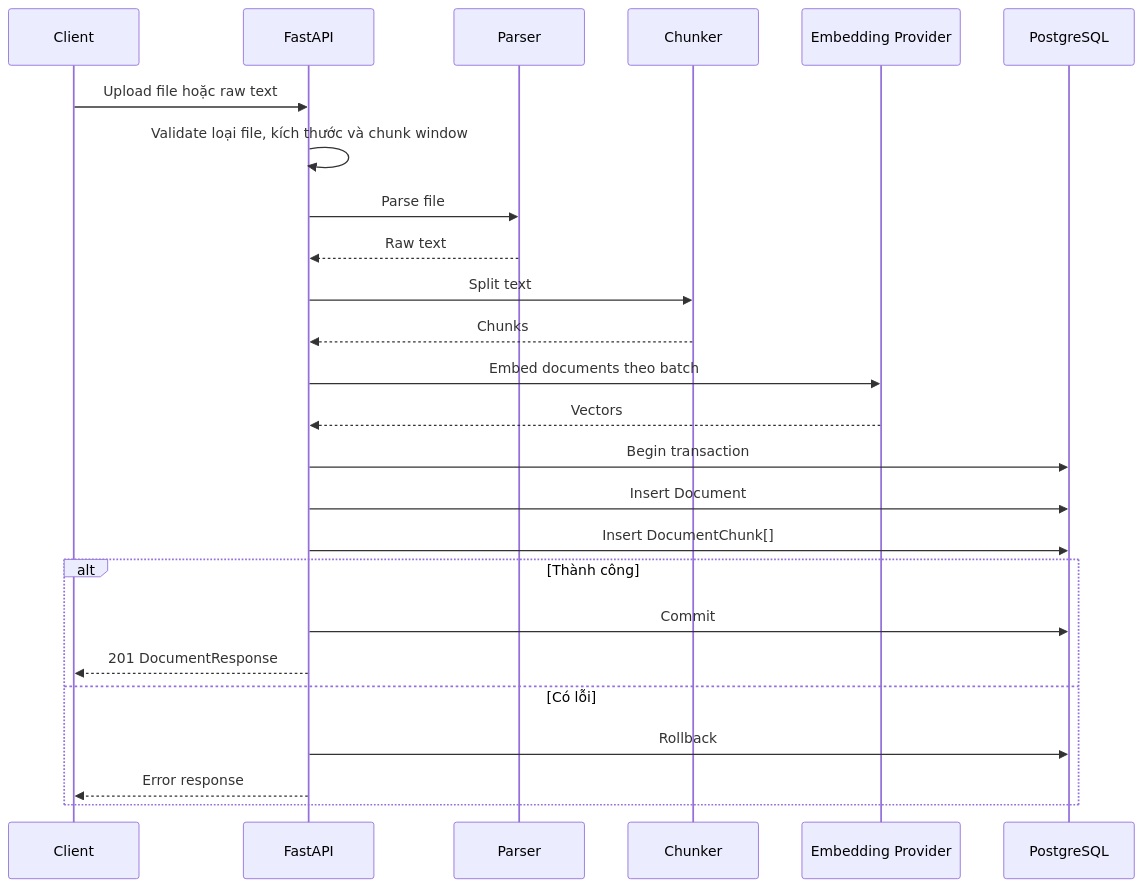
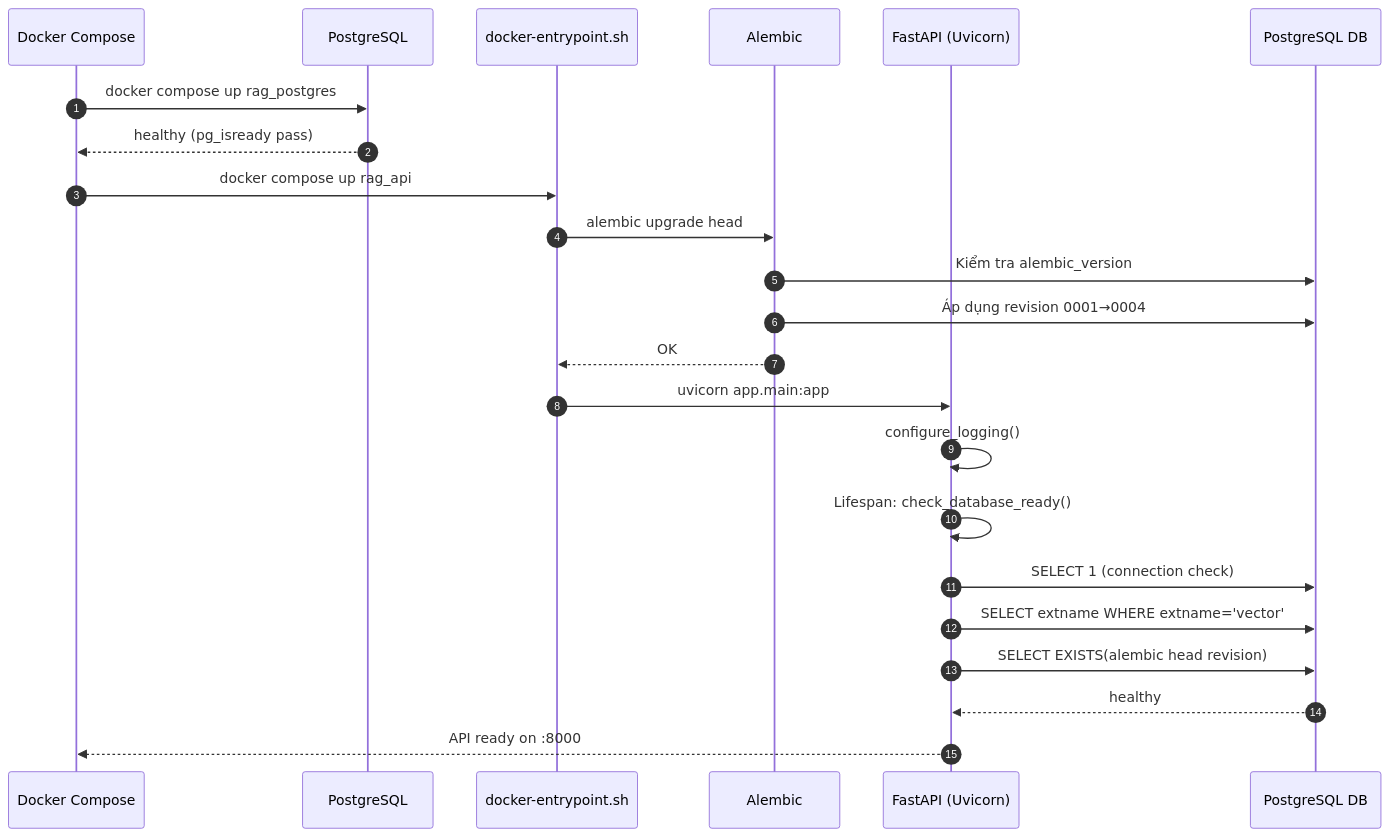
Before and after one commit to NDQuynh259/ragflow-api: the seventh of 12 diagrams in docs/RAG_Architecture_Design.md, drawn with Mermaid. The commit also changed other lines of this file and 2 other files, not shown here.

Commit message:
docs: add technical documentation for RAG architecture, requirements, and task breakdown

````diff
--- a/docs/RAG_Architecture_Design.md
+++ b/docs/RAG_Architecture_Design.md
@@ -156,31 +385,30 @@
 ```mermaid
 sequenceDiagram
-    participant C as Client
-    participant A as FastAPI
-    participant P as Parser
-    participant CH as Chunker
-    participant E as Embedding Provider
-    participant DB as PostgreSQL
+    autonumber
+    participant DC as Docker Compose
+    participant PG as PostgreSQL
+    participant ENT as docker-entrypoint.sh
+    participant ALM as Alembic
+    participant APP as FastAPI (Uvicorn)
+    participant DB as PostgreSQL DB
 
-    C->>A: Upload file hoặc raw text
-    A->>A: Validate loại file, kích thước và chunk window
-    A->>P: Parse file
-    P-->>A: Raw text
-    A->>CH: Split text
-    CH-->>A: Chunks
+    DC->>PG: docker compose up rag_postgres
+    PG-->>DC: healthy (pg_isready pass)
 
-    A->>E: Embed documents theo batch
-    E-->>A: Vectors
+    DC->>ENT: docker compose up rag_api
+    ENT->>ALM: alembic upgrade head
+    ALM->>DB: Kiểm tra alembic_version
+    ALM->>DB: Áp dụng revision 0001→0004
+    ALM-->>ENT: OK
 
-    A->>DB: Begin transaction
-    A->>DB: Insert Document
-    A->>DB: Insert DocumentChunk[]
+    ENT->>APP: uvicorn app.main:app
 
-    alt Thành công
-        A->>DB: Commit
-        A-->>C: 201 DocumentResponse
-    else Có lỗi
-        A->>DB: Rollback
-        A-->>C: Error response
-    end
+    APP->>APP: configure_logging()
+    APP->>APP: Lifespan: check_database_ready()
+    APP->>DB: SELECT 1 (connection check)
+    APP->>DB: SELECT extname WHERE extname='vector'
+    APP->>DB: SELECT EXISTS(alembic head revision)
+    DB-->>APP: healthy
+
+    APP-->>DC: API ready on :8000
 ```
````
